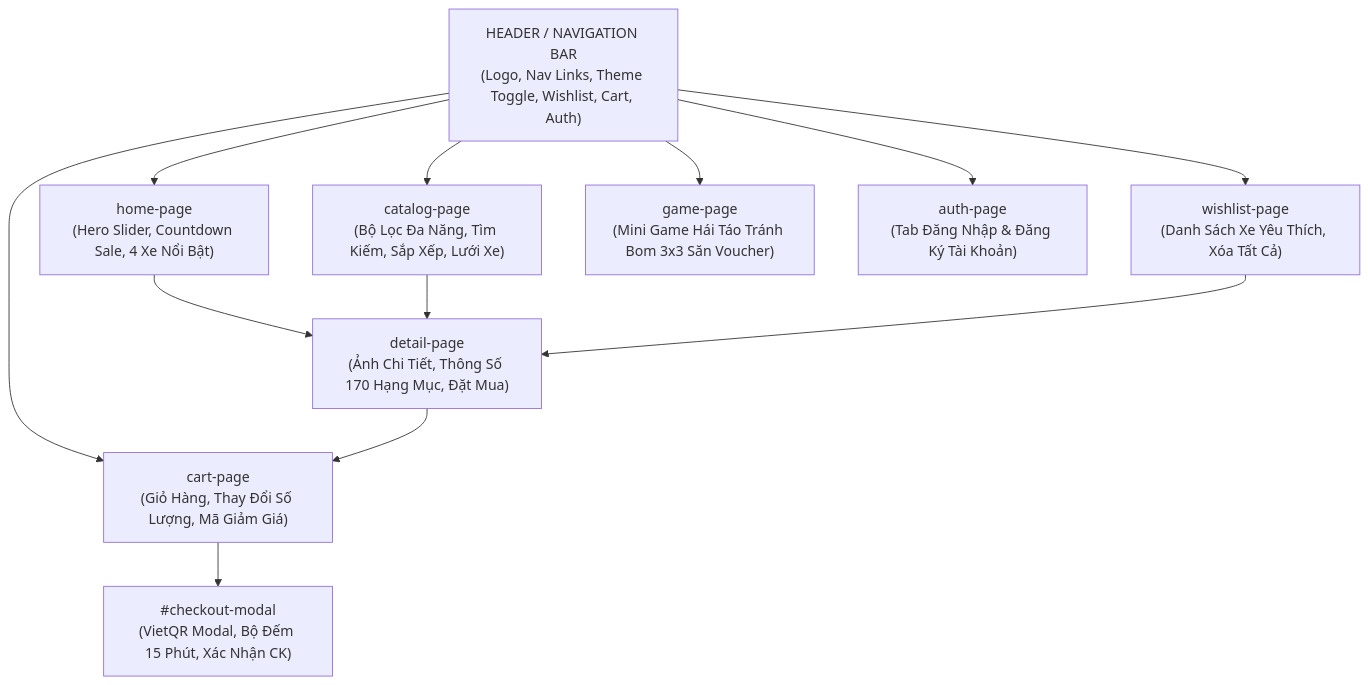
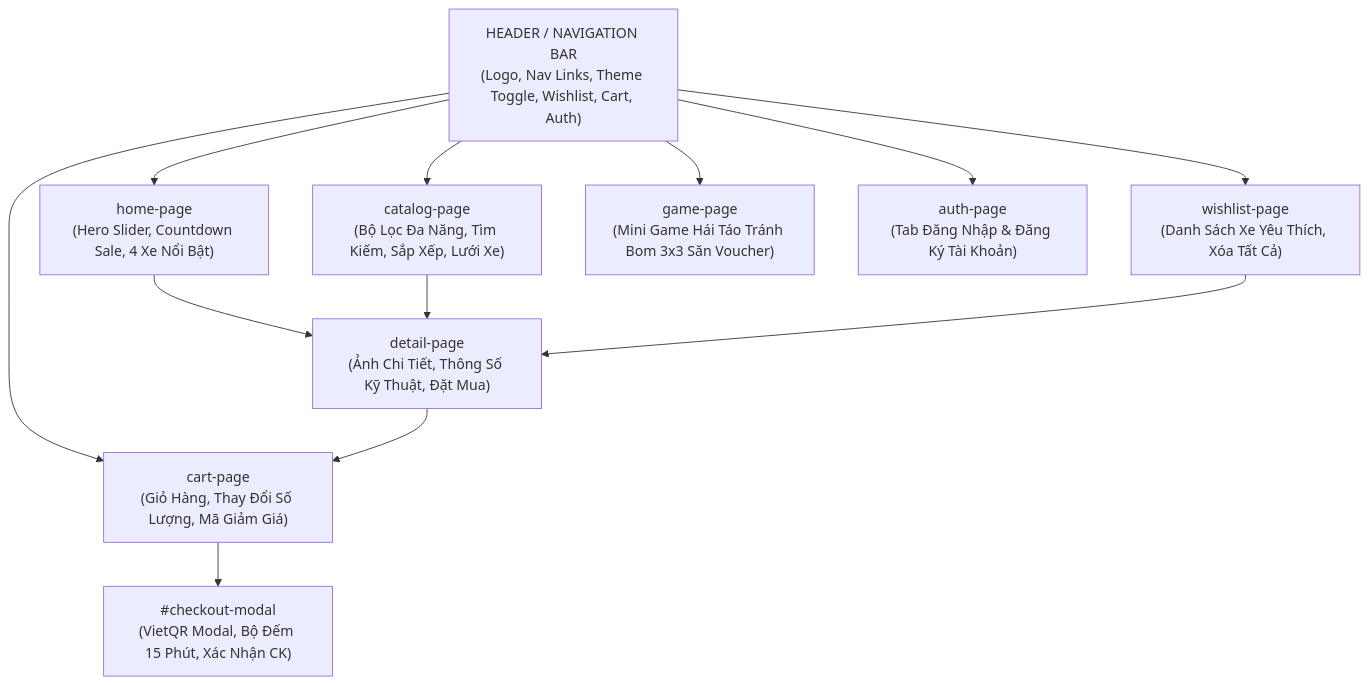
The diagram in docs/SPECIFICATIONS.md (hoangtmts026960-tech/SOF309-TaMinhHoang-TS02696), drawn with Mermaid before and after one commit. The commit also changed other lines of this file and 2 other files, not shown here.

````diff
--- a/docs/SPECIFICATIONS.md
+++ b/docs/SPECIFICATIONS.md
@@ -27,16 +29,16 @@
 ```mermaid
 flowchart TD
     Header["HEADER / NAVIGATION BAR\n(Logo, Nav Links, Theme Toggle, Wishlist, Cart, Auth)"]
     Header --> Home["home-page\n(Hero Slider, Countdown Sale, 4 Xe Nổi Bật)"]
     Header --> Catalog["catalog-page\n(Bộ Lọc Đa Năng, Tìm Kiếm, Sắp Xếp, Lưới Xe)"]
     Header --> Wishlist["wishlist-page\n(Danh Sách Xe Yêu Thích, Xóa Tất Cả)"]
     Header --> Game["game-page\n(Mini Game Hái Táo Tránh Bom 3x3 Săn Voucher)"]
     Header --> Cart["cart-page\n(Giỏ Hàng, Thay Đổi Số Lượng, Mã Giảm Giá)"]
     Header --> Auth["auth-page\n(Tab Đăng Nhập & Đăng Ký Tài Khoản)"]
     
-    Home --> Detail["detail-page\n(Ảnh Chi Tiết, Thông Số 170 Hạng Mục, Đặt Mua)"]
+    Home --> Detail["detail-page\n(Ảnh Chi Tiết, Thông Số Kỹ Thuật, Đặt Mua)"]
     Catalog --> Detail
     Wishlist --> Detail
     Detail --> Cart
     Cart --> CheckoutModal["#checkout-modal\n(VietQR Modal, Bộ Đếm 15 Phút, Xác Nhận CK)"]
 ```
````
